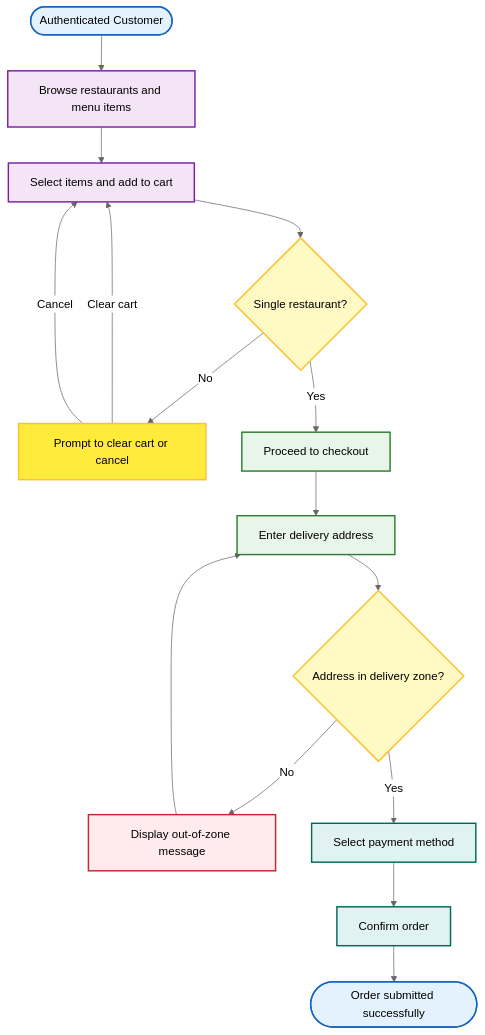
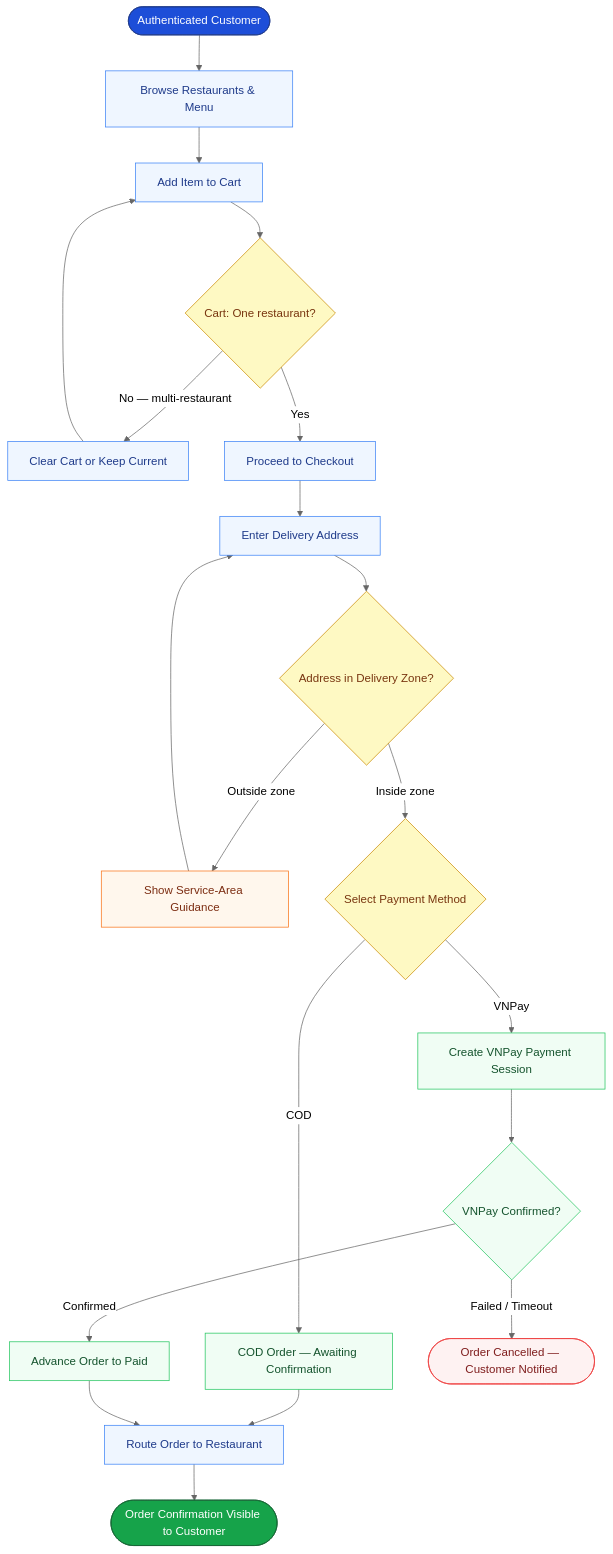
One commit to luubinhdeptrai/Food_Delivery changed the third of 7 diagrams in apps/api/docs/Final_Documents/BRD.md. Above: the diagram before and after it, drawn with Mermaid (neutral theme). The commit also changed other lines of this file, not shown here.

````diff
--- a/apps/api/docs/Final_Documents/BRD.md
+++ b/apps/api/docs/Final_Documents/BRD.md
@@ -349,46 +423,47 @@
 ```mermaid
 flowchart TD
-    %% Định nghĩa các node với màu sắc chuyên nghiệp và chữ đen
-    A([Authenticated Customer])
-    B[Browse restaurants and menu items]
-    C[Select items and add to cart]
-    D{Single restaurant?}
-    E[Prompt to clear cart or cancel]
-    F[Proceed to checkout]
-    G[Enter delivery address]
-    H{Address in delivery zone?}
-    I[Display out-of-zone message]
-    J[Select payment method]
-    K[Confirm order]
-    L([Order submitted successfully])
+    S(["Authenticated Customer"])
+    B["Browse Restaurants & Menu"]
+    C["Add Item to Cart"]
+    D{"Cart: One restaurant?"}
+    E["Clear Cart or Keep Current"]
+    F["Proceed to Checkout"]
+    G["Enter Delivery Address"]
+    H{"Address in Delivery Zone?"}
+    I["Show Service-Area Guidance"]
+    J{"Select Payment Method"}
+    K["COD Order — Awaiting Confirmation"]
+    L["Create VNPay Payment Session"]
+    M{"VNPay Confirmed?"}
+    N["Advance Order to Paid"]
+    O(["Order Cancelled — Customer Notified"])
+    P["Route Order to Restaurant"]
+    Q(["Order Confirmation Visible to Customer"])
 
-    %% Giữ nguyên các kết nối và nhãn (labels)
-    A --> B
-    B --> C
-    C --> D
-    D -->|No| E
-    E -->|Clear cart| C
-    E -->|Cancel| C
-    D -->|Yes| F
-    F --> G
-    G --> H
-    H -->|No| I
-    I --> G
-    H -->|Yes| J
-    J --> K
-    K --> L
+    S --> B --> C --> D
+    D -->|"No — multi-restaurant"| E --> C
+    D -->|"Yes"| F --> G --> H
+    H -->|"Outside zone"| I --> G
+    H -->|"Inside zone"| J
+    J -->|"COD"| K --> P
+    J -->|"VNPay"| L --> M
+    M -->|"Confirmed"| N --> P
+    M -->|"Failed / Timeout"| O
+    P --> Q
 
-    %% Styling: Đổ màu và ép chữ đen (#000)
-    style A fill:#E3F2FD,stroke:#1565C0,stroke-width:2px,color:#000
-    style B fill:#F3E5F5,stroke:#7B1FA2,stroke-width:2px,color:#000
-    style C fill:#F3E5F5,stroke:#7B1FA2,stroke-width:2px,color:#000
-    style D fill:#FFF9C4,stroke:#FBC02D,stroke-width:2px,color:#000
-    style E fill:#FFEB3B,stroke:#FBC02D,stroke-width:2px,color:#000
-    style F fill:#E8F5E9,stroke:#2E7D32,stroke-width:2px,color:#000
-    style G fill:#E8F5E9,stroke:#2E7D32,stroke-width:2px,color:#000
-    style H fill:#FFF9C4,stroke:#FBC02D,stroke-width:2px,color:#000
-    style I fill:#FFEBEE,stroke:#C62828,stroke-width:2px,color:#000
-    style J fill:#E0F2F1,stroke:#00695C,stroke-width:2px,color:#000
-    style K fill:#E0F2F1,stroke:#00695C,stroke-width:2px,color:#000
-    style L fill:#E3F2FD,stroke:#1565C0,stroke-width:2px,color:#000
+    classDef startNode fill:#1D4ED8,stroke:#1E3A8A,color:#fff
+    classDef process fill:#EFF6FF,stroke:#3B82F6,color:#1E3A8A
+    classDef decision fill:#FEF9C3,stroke:#CA8A04,color:#78350F
+    classDef payment fill:#F0FDF4,stroke:#22C55E,color:#14532D
+    classDef warn fill:#FFF7ED,stroke:#F97316,color:#7C2D12
+    classDef fail fill:#FEF2F2,stroke:#EF4444,color:#7F1D1D
+    classDef success fill:#16A34A,stroke:#166534,color:#fff
+
+    class S startNode
+    class B,C,E,F,G,I,P process
+    class D,H,J decision
+    class K,L,M,N payment
+    class I warn
+    class O fail
+    class Q success
 ```
````
